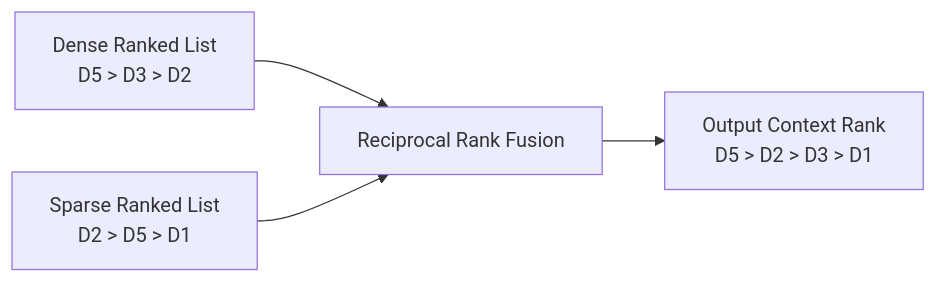
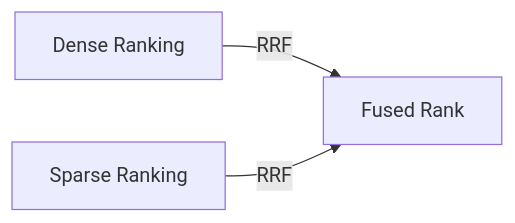
Before and after one commit to delisha02/droitdraft: the sixth of 8 diagrams in docs/implementation.md, drawn with Mermaid. The commit also changed other lines of this file, not shown here.

````diff
--- a/docs/implementation.md
+++ b/docs/implementation.md
@@ -135,9 +220,5 @@
 ```mermaid
 flowchart LR
-    DR["Dense Ranked List
-D5 > D3 > D2"] --> RRF["Reciprocal Rank Fusion"]
-    SR["Sparse Ranked List
-D2 > D5 > D1"] --> RRF
-    RRF --> CTX["Output Context Rank
-D5 > D2 > D3 > D1"]
+    DR["Dense Ranking"] --> |"RRF"| F1["Fused Rank"]
+    SR["Sparse Ranking"] --> |"RRF"| F1
 ```
````
